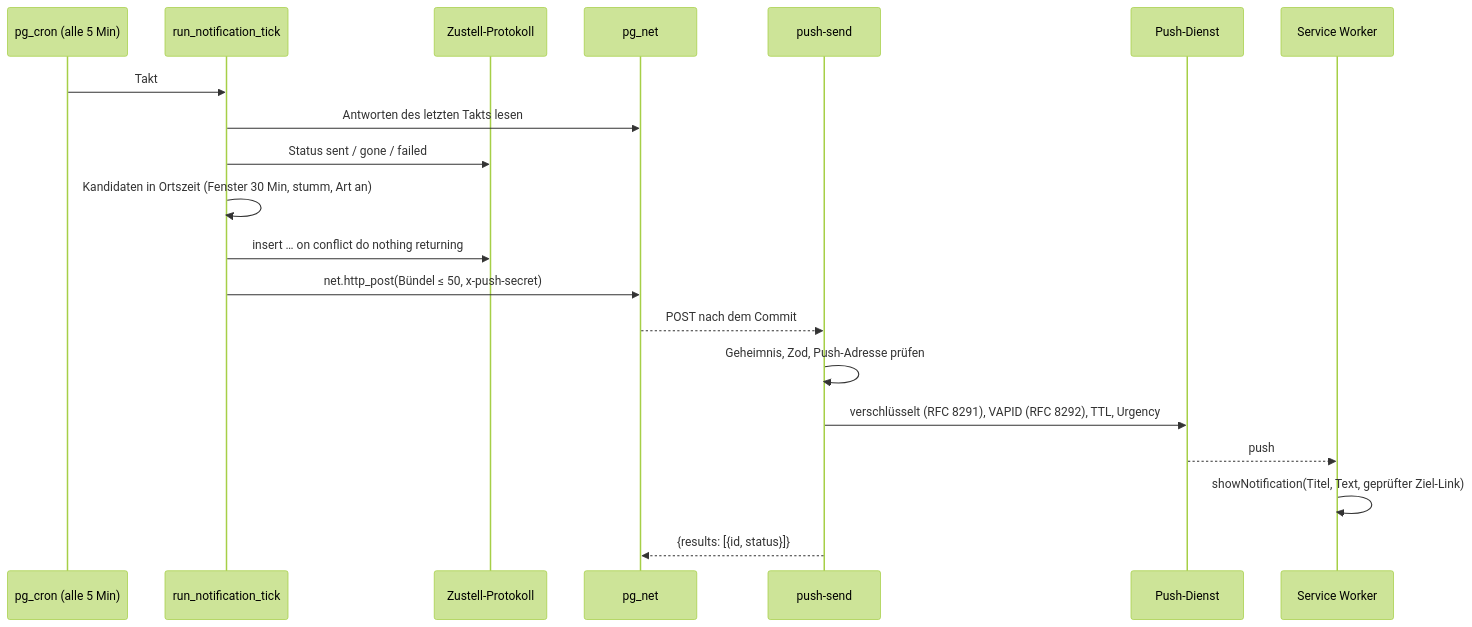
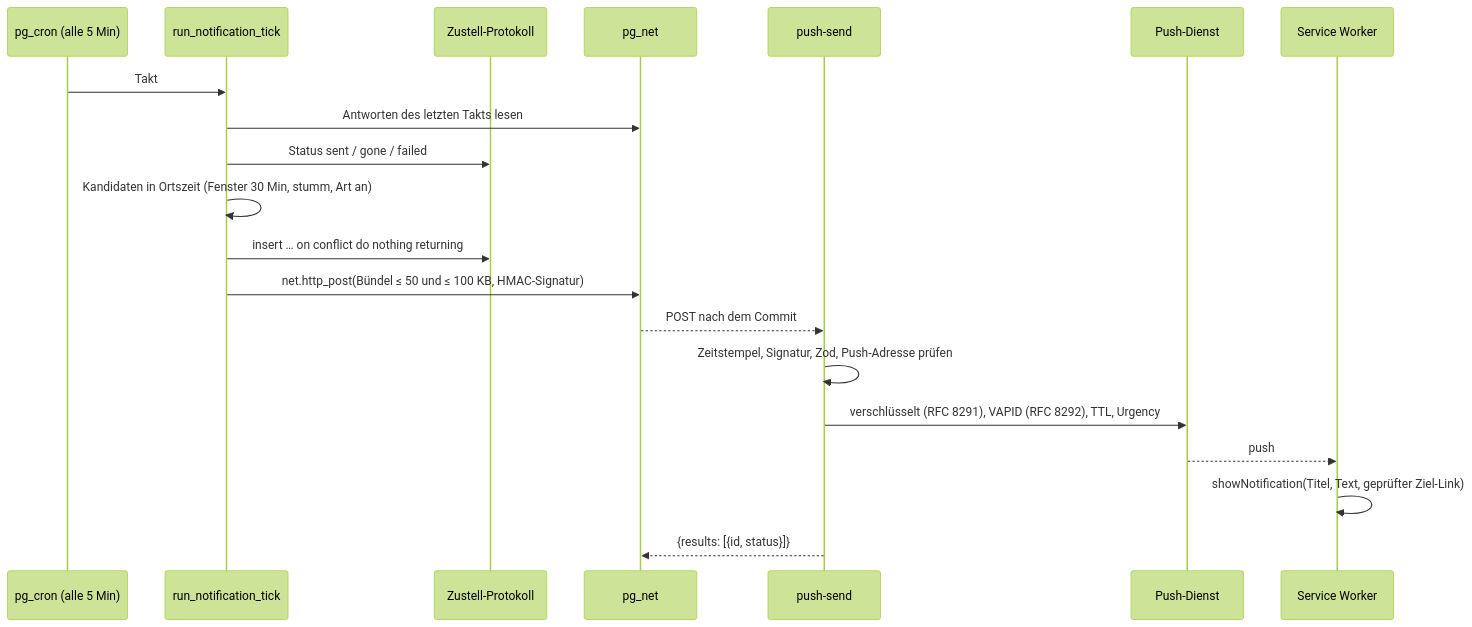
Before and after one commit to enricogoerlitz/housekeeping-app: the first of 2 diagrams in docs/specs/0013-benachrichtigungen/plan.md, drawn with Mermaid (forest theme). The commit also changed other lines of this file and 30 other files, not shown here.

````diff
--- a/docs/specs/0013-benachrichtigungen/plan.md
+++ b/docs/specs/0013-benachrichtigungen/plan.md
@@ -269,22 +275,22 @@
 ```mermaid
 sequenceDiagram
   participant C as pg_cron (alle 5 Min)
   participant T as run_notification_tick
   participant L as Zustell-Protokoll
   participant N as pg_net
   participant F as push-send
   participant P as Push-Dienst
   participant S as Service Worker
   C->>T: Takt
   T->>N: Antworten des letzten Takts lesen
   T->>L: Status sent / gone / failed
   T->>T: Kandidaten in Ortszeit (Fenster 30 Min, stumm, Art an)
   T->>L: insert … on conflict do nothing returning
-  T->>N: net.http_post(Bündel ≤ 50, x-push-secret)
+  T->>N: net.http_post(Bündel ≤ 50 und ≤ 100 KB, HMAC-Signatur)
   N-->>F: POST nach dem Commit
-  F->>F: Geheimnis, Zod, Push-Adresse prüfen
+  F->>F: Zeitstempel, Signatur, Zod, Push-Adresse prüfen
   F->>P: verschlüsselt (RFC 8291), VAPID (RFC 8292), TTL, Urgency
   P-->>S: push
   S->>S: showNotification(Titel, Text, geprüfter Ziel-Link)
   F-->>N: {results: [{id, status}]}
 ```
````
